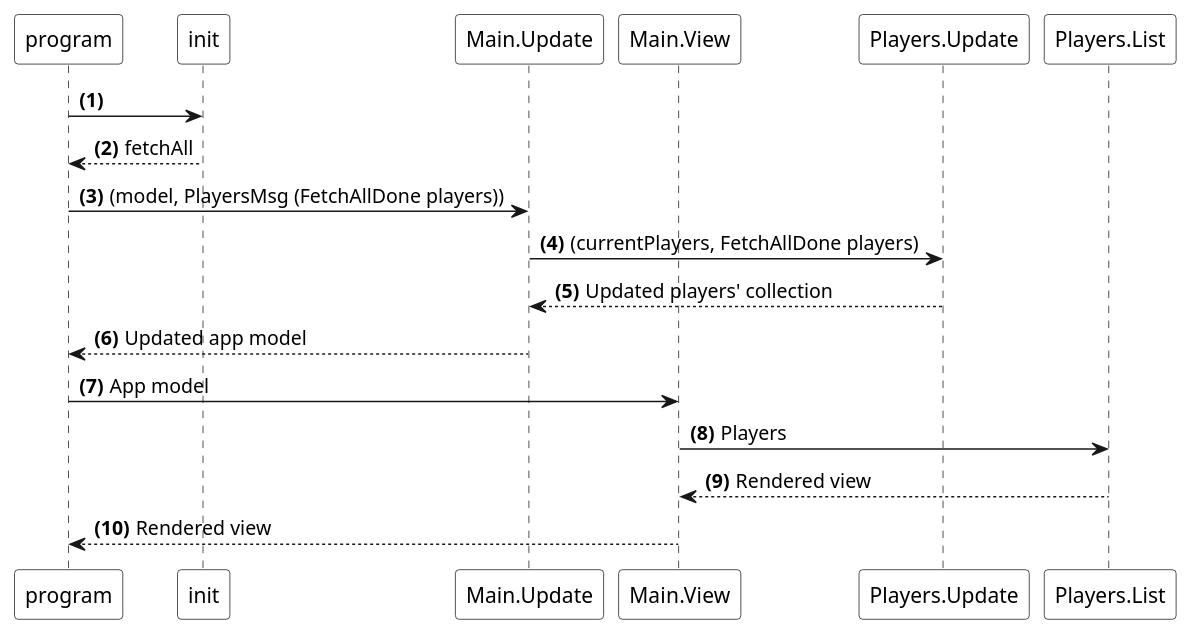
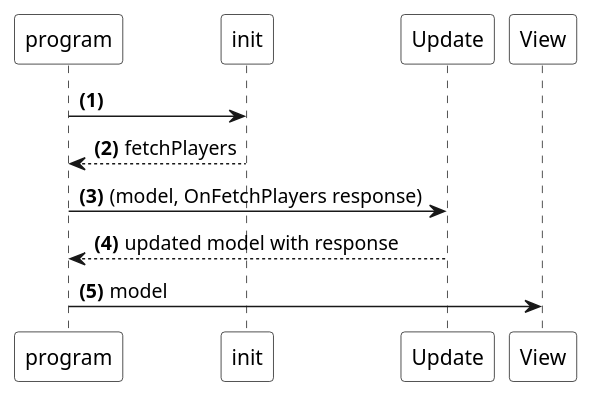
The diagram in en/06-fetching-resources/01-plan.pu (sporto/elm-tutorial), drawn with PlantUML before and after one commit. The commit also changed 3 other files, not shown here.

```diff
--- a/en/06-fetching-resources/01-plan.pu
+++ b/en/06-fetching-resources/01-plan.pu
@@ -1,22 +1,15 @@
 @startuml
 
 autonumber "<b>(#)"
 
 participant program #white
 participant init #white
-participant Main.Update as MU #white
-participant Main.View as MV #white
-participant Players.Update as PU #white
-participant Players.List as PL #white
+participant Update #white
+participant View #white
 
 program -> init
-init --> program : fetchAll
-program -> MU : (model, PlayersMsg (FetchAllDone players))
-MU -> PU : (currentPlayers, FetchAllDone players)
-PU --> MU : Updated players' collection
-MU --> program : Updated app model
-program -> MV : App model
-MV -> PL : Players
-PL --> MV :Rendered view
-MV --> program : Rendered view
+init --> program : fetchPlayers
+program -> Update : (model, OnFetchPlayers response)
+Update --> program : updated model with response
+program -> View : model
 @enduml
```
